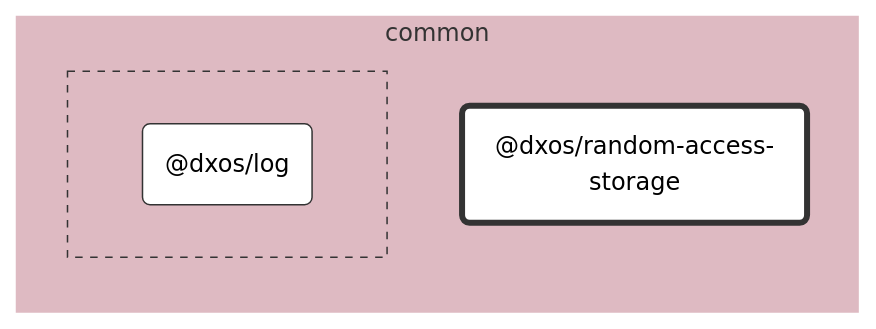
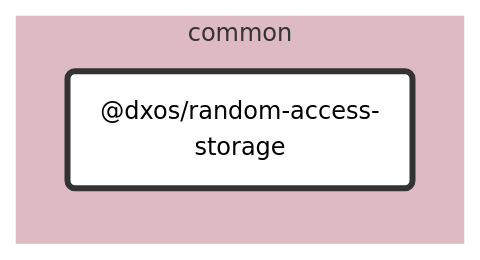
Before and after one commit to dxos/dxos: the diagram in packages/common/random-access-storage/docs/README.md, drawn with Mermaid (forest theme). The commit also changed 84 other files, not shown here.

````diff
--- a/packages/common/random-access-storage/docs/README.md
+++ b/packages/common/random-access-storage/docs/README.md
@@ -7,33 +7,20 @@
 ```mermaid
 %%{ init: {'flowchart':{'curve':'basis'}} }%%
 
 flowchart LR
 
-%% Links
+%% Classes
+classDef default fill:#fff,stroke:#333,stroke-width:1px
+classDef root fill:#fff,stroke:#333,stroke-width:4px
 
-%% Sections
-subgraph common
-  style common fill:#debac2,stroke:#fff;
+%% Nodes
 
-  dxos/random-access-storage("@dxos/random-access-storage")
-
-  subgraph common-excluded [ ]
-    style common-excluded fill:#debac2,stroke:#333,stroke-dasharray:5 5;
-
-    dxos/log("@dxos/log")
-  end
+subgraph common [common]
+  style common fill:#debac2,stroke:#fff
+  dxos/random-access-storage("@dxos/random-access-storage"):::root
+  click dxos/random-access-storage "dxos/dxos/tree/main/packages/common/random-access-storage/docs"
 end
 
-
-%% Hyperlinks
-click dxos/log "dxos/dxos/tree/main/packages/common/log/docs";
-
-%% Styles
-classDef rootNode fill:#fff,stroke:#333,stroke-width:4px
-classDef defaultNode fill:#fff,stroke:#333,stroke-width:1px
+%% Links
 linkStyle default stroke:#333,stroke-width:1px
-
-dxos/random-access-storage:::rootNode
-
-dxos/log:::defaultNode
 ```
````
